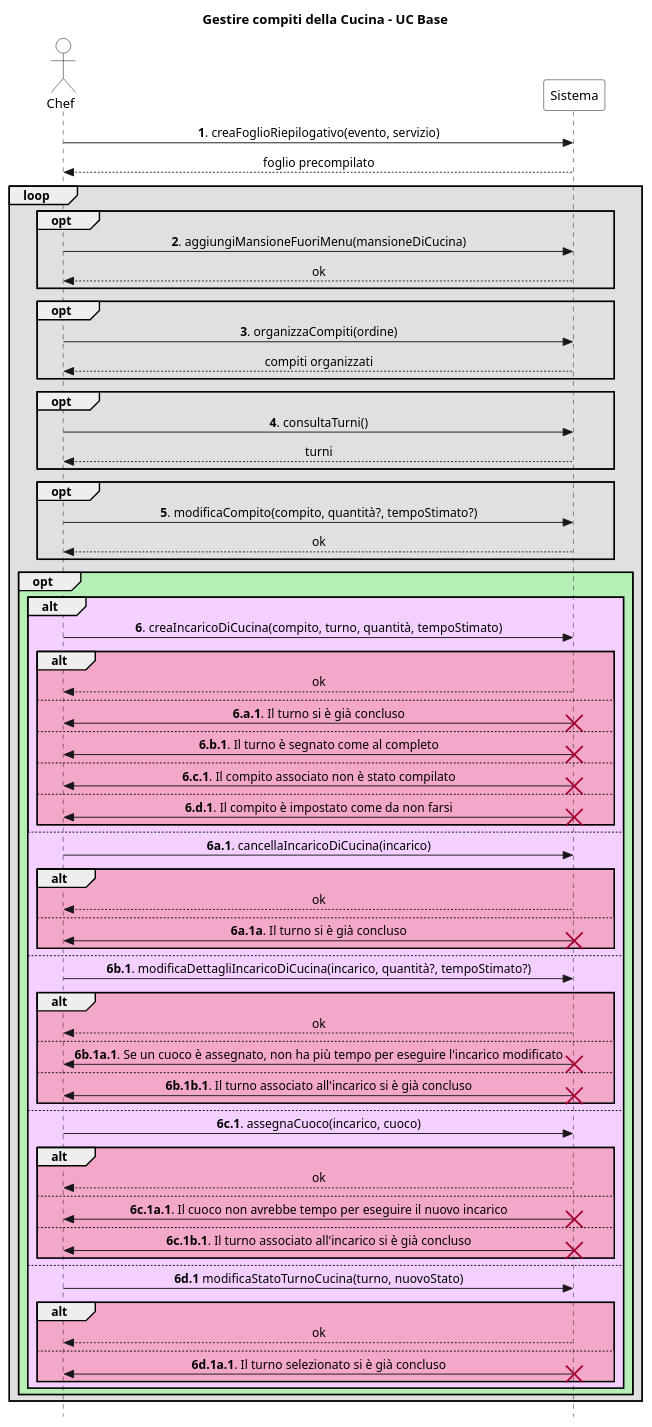
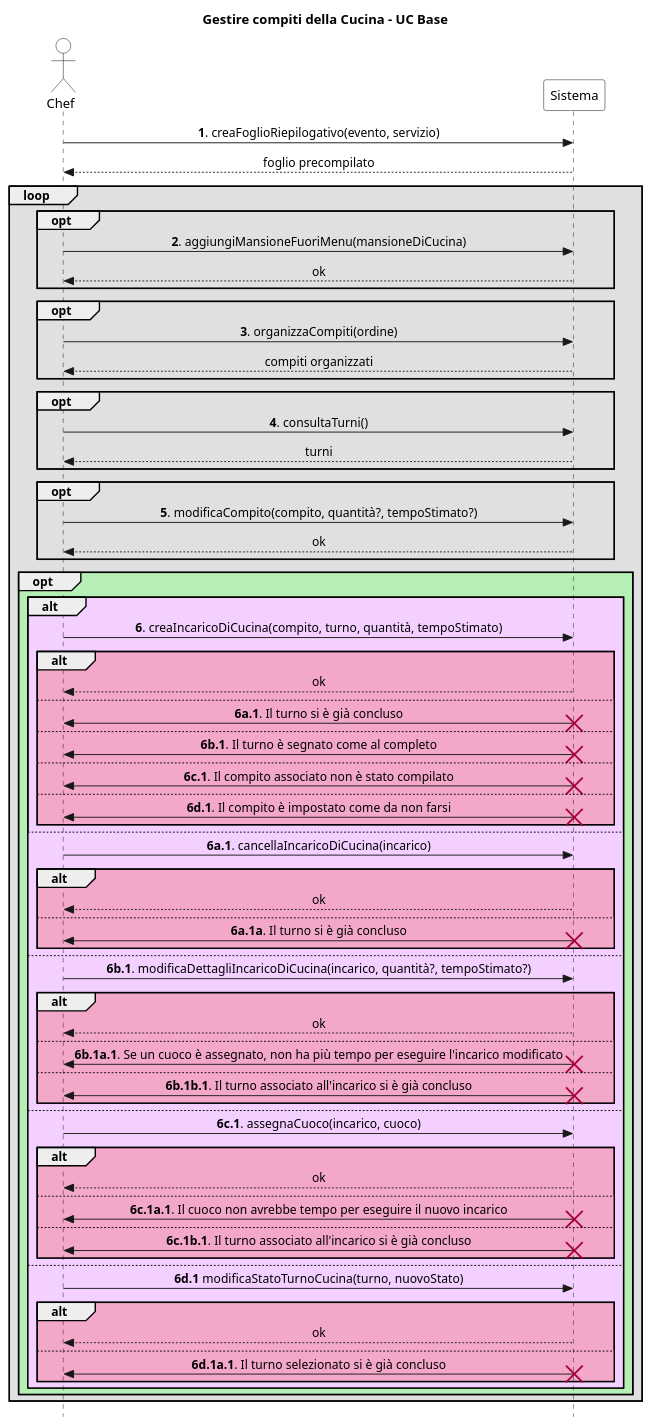
One commit to stefa168/sas-project changed the diagram in UP/Requisiti/UC Gestire Compiti Cucina/SSD/Estensioni-Eccezioni Op6.puml. Above: the diagram before and after it, drawn with PlantUML. The commit also changed 5 other files, not shown here.

```diff
--- a/UP/Requisiti/UC Gestire Compiti Cucina/SSD/Estensioni-Eccezioni Op6.puml
+++ b/UP/Requisiti/UC Gestire Compiti Cucina/SSD/Estensioni-Eccezioni Op6.puml
@@ -1,103 +1,103 @@
 @startuml
 skinparam Style strictuml
 skinparam SequenceMessageAlign center
 
 skinparam sequence {
     ActorBorderColor Black
     ActorBackgroundColor White
     ParticipantBorderColor Black
     ParticipantBackgroundColor White
 }
 
 actor Chef
 participant Sistema
 
 title Gestire compiti della Cucina - UC Base
 
 Chef -> Sistema: **1**. creaFoglioRiepilogativo(evento, servizio)
 return foglio precompilato
 
 loop #e0e0e0
     opt #e0e0e0
         Chef -> Sistema: **2**. aggiungiMansioneFuoriMenu(mansioneDiCucina)
         return ok
     end
 
     opt #e0e0e0
         Chef -> Sistema: **3**. organizzaCompiti(ordine)
         return compiti organizzati
     end
 
     opt #e0e0e0
         Chef -> Sistema: **4**. consultaTurni()
         return turni
     end
 
     opt #e0e0e0
         Chef -> Sistema: **5**. modificaCompito(compito, quantità?, tempoStimato?)
         return ok
     end
 
     opt #b6efb6
         alt #f3d0ff
             Chef -> Sistema: **6**. creaIncaricoDiCucina(compito, turno, quantità, tempoStimato)
             alt #f3a7c9
                 return ok
             else
-                Chef <- Sistema: **6.a.1**. Il turno si è già concluso
+                Chef <- Sistema: **6a.1**. Il turno si è già concluso
                 destroy Sistema
             else
-                Chef <- Sistema: **6.b.1**. Il turno è segnato come al completo
+                Chef <- Sistema: **6b.1**. Il turno è segnato come al completo
                 destroy Sistema
             else
-                Chef <- Sistema: **6.c.1**. Il compito associato non è stato compilato
+                Chef <- Sistema: **6c.1**. Il compito associato non è stato compilato
                 destroy Sistema
             else
-                Chef <- Sistema: **6.d.1**. Il compito è impostato come da non farsi
+                Chef <- Sistema: **6d.1**. Il compito è impostato come da non farsi
                 destroy Sistema
             end
         else
             Chef -> Sistema: **6a.1**. cancellaIncaricoDiCucina(incarico)
             alt #f3a7c9
                 return ok
             else
                 Chef <- Sistema: **6a.1a**. Il turno si è già concluso
                 destroy Sistema
             end
         else
             Chef -> Sistema: **6b.1**. modificaDettagliIncaricoDiCucina(incarico, quantità?, tempoStimato?)
             alt #f3a7c9
                 return ok
             else
                 Chef <- Sistema: **6b.1a.1**. Se un cuoco è assegnato, non ha più tempo per eseguire l'incarico modificato
                 destroy Sistema
             else
                 Chef <- Sistema: **6b.1b.1**. Il turno associato all'incarico si è già concluso
                 destroy Sistema
             end
         else
             Chef -> Sistema: **6c.1**. assegnaCuoco(incarico, cuoco)
             alt #f3a7c9
                 return ok
             else
                 Chef <- Sistema: **6c.1a.1**. Il cuoco non avrebbe tempo per eseguire il nuovo incarico
                 destroy Sistema
             else
                 Chef <- Sistema: **6c.1b.1**. Il turno associato all'incarico si è già concluso
                 destroy Sistema
             end
         else
             Chef -> Sistema: **6d.1** modificaStatoTurnoCucina(turno, nuovoStato)
             alt #f3a7c9
                 return ok
             else
                 Chef <- Sistema: **6d.1a.1**. Il turno selezionato si è già concluso
                 destroy Sistema
             end
         end
     end
 
 end
 
 
 @enduml
```
